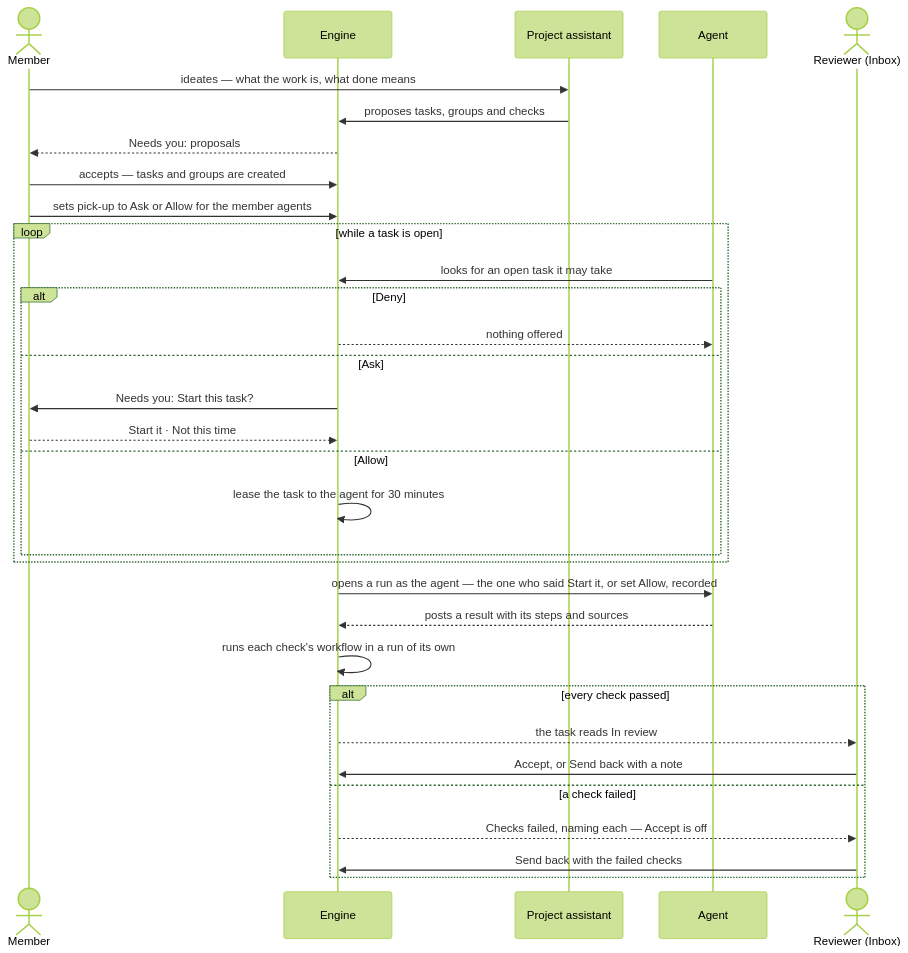
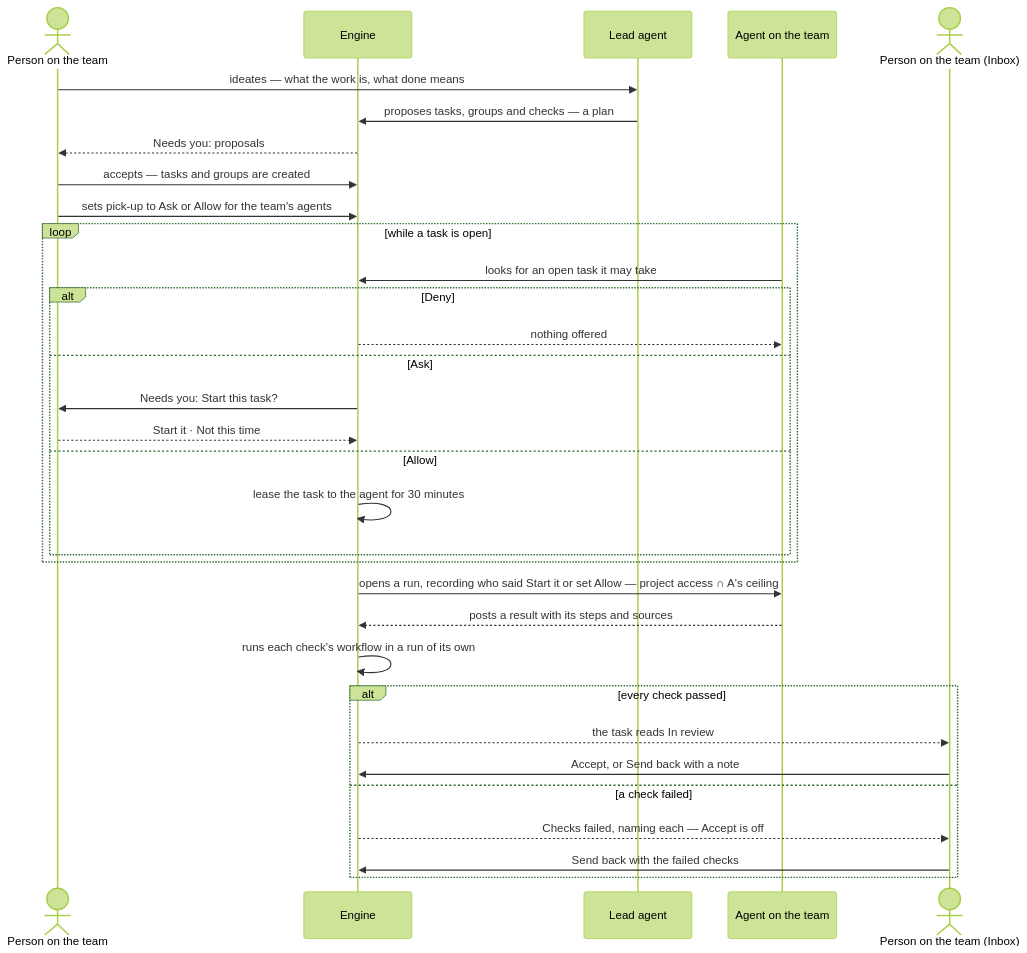
The second of 2 diagrams in specs/capabilities/projects/features/PJ-F01-projects-and-tasks/feature.md (invana/invana), drawn with Mermaid (forest theme) before and after one commit. The commit also changed other lines of this file and 106 other files, not shown here.

First line of the commit message:
docs(specs): access policies replace roles; Agents mode; project access

````diff
--- a/specs/capabilities/projects/features/PJ-F01-projects-and-tasks/feature.md
+++ b/specs/capabilities/projects/features/PJ-F01-projects-and-tasks/feature.md
@@ -80,34 +79,34 @@
 ```mermaid
 sequenceDiagram
-  actor M as Member
+  actor M as Person on the team
   participant E as Engine
-  participant PA as Project assistant
-  participant A as Agent
-  actor R as Reviewer (Inbox)
+  participant PA as Lead agent
+  participant A as Agent on the team
+  actor R as Person on the team (Inbox)
   M->>PA: ideates — what the work is, what done means
-  PA->>E: proposes tasks, groups and checks
+  PA->>E: proposes tasks, groups and checks — a plan
   E-->>M: Needs you: proposals
   M->>E: accepts — tasks and groups are created
-  M->>E: sets pick-up to Ask or Allow for the member agents
+  M->>E: sets pick-up to Ask or Allow for the team's agents
   loop while a task is open
     A->>E: looks for an open task it may take
     alt Deny
       E-->>A: nothing offered
     else Ask
       E->>M: Needs you: Start this task?
       M-->>E: Start it · Not this time
     else Allow
       E->>E: lease the task to the agent for 30 minutes
     end
   end
-  E->>A: opens a run as the agent — the one who said Start it, or set Allow, recorded
+  E->>A: opens a run, recording who said Start it or set Allow — project access ∩ A's ceiling
   A-->>E: posts a result with its steps and sources
   E->>E: runs each check's workflow in a run of its own
   alt every check passed
     E-->>R: the task reads In review
     R->>E: Accept, or Send back with a note
   else a check failed
     E-->>R: Checks failed, naming each — Accept is off
     R->>E: Send back with the failed checks
   end
 ```
````
